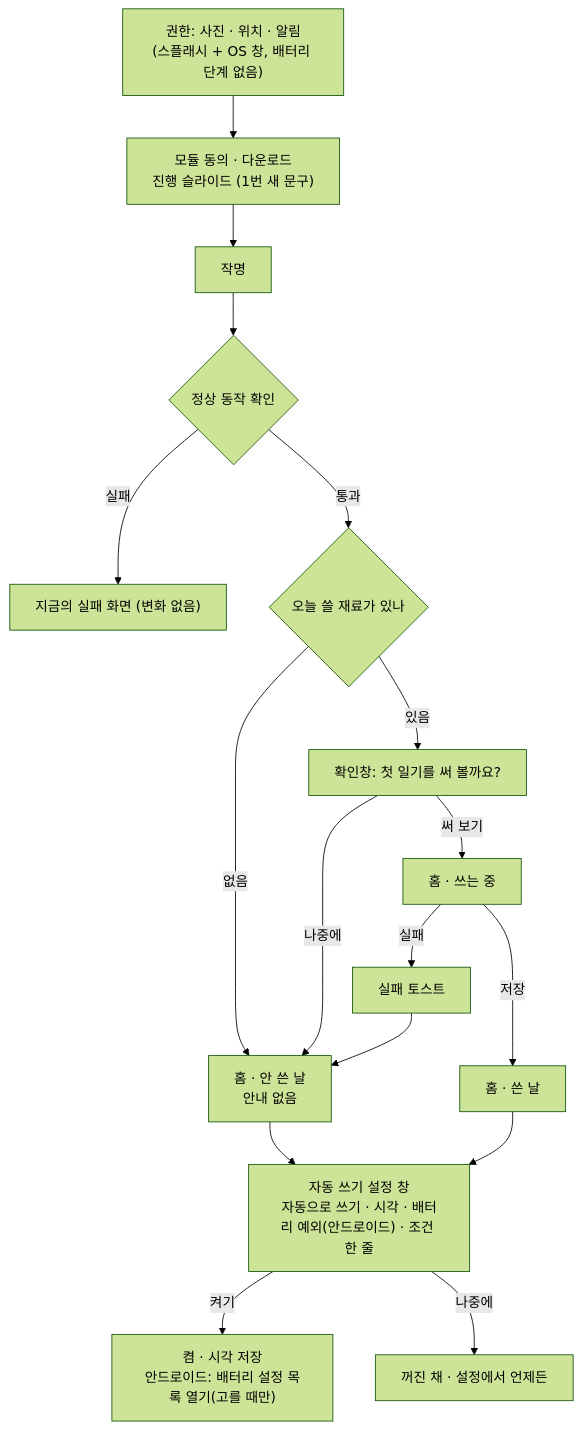
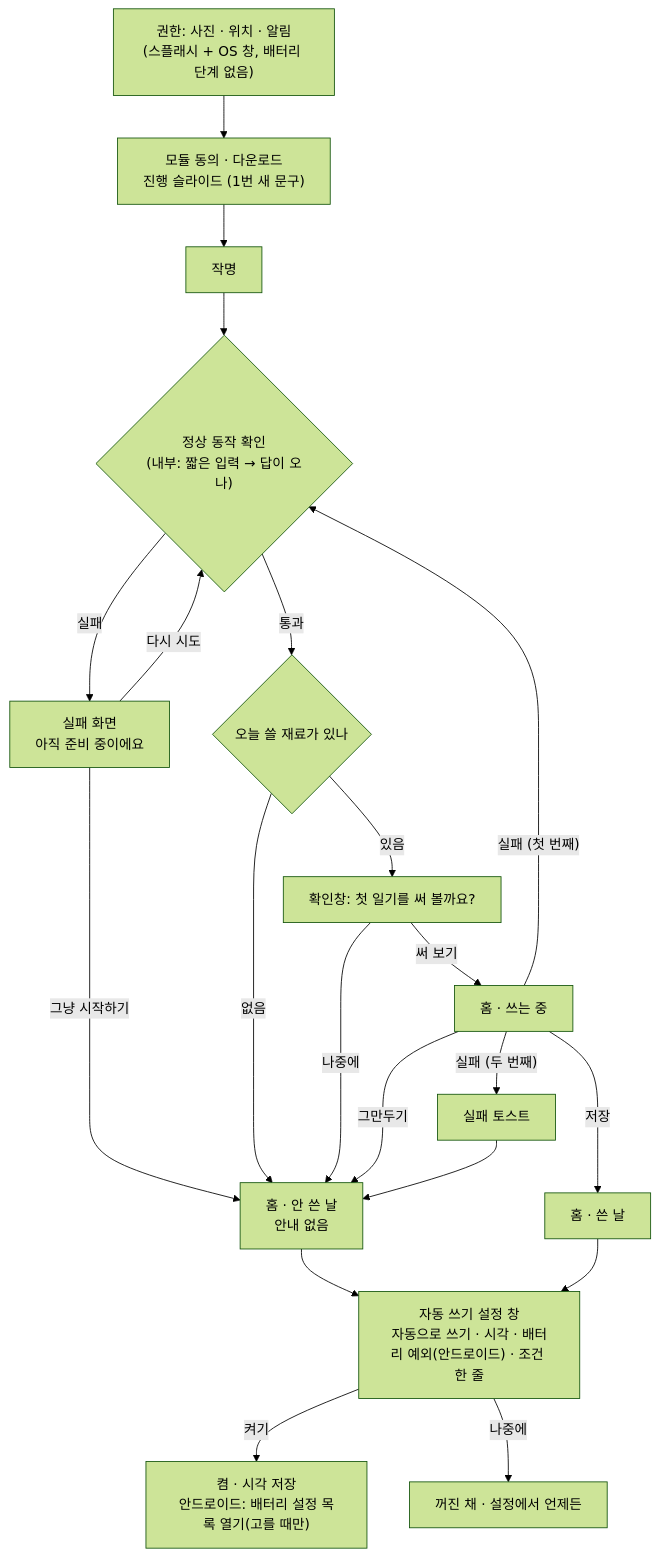
Before and after one commit to mrtint/alpharium: the diagram in docs/user-guidance-rules.md, drawn with Mermaid (forest theme). The commit also changed other lines of this file, not shown here.

````diff
--- a/docs/user-guidance-rules.md
+++ b/docs/user-guidance-rules.md
@@ -32,17 +34,21 @@
 ```mermaid
 flowchart TD
   P["권한: 사진 · 위치 · 알림<br/>(스플래시 + OS 창, 배터리 단계 없음)"] --> D["모듈 동의 · 다운로드<br/>진행 슬라이드 (1번 새 문구)"]
-  D --> N["작명"] --> L{"정상 동작 확인"}
-  L -- 실패 --> X["지금의 실패 화면 (변화 없음)"]
+  D --> N["작명"] --> L{"정상 동작 확인<br/>(내부: 짧은 입력 → 답이 오나)"}
+  L -- 실패 --> X["실패 화면<br/>아직 준비 중이에요"]
+  X -- 다시 시도 --> L
+  X -- 그냥 시작하기 --> E
   L -- 통과 --> M{"오늘 쓸 재료가 있나"}
   M -- 없음 --> E["홈 · 안 쓴 날<br/>안내 없음"]
   M -- 있음 --> Q["확인창: 첫 일기를 써 볼까요?"]
   Q -- 나중에 --> E
   Q -- 써 보기 --> W["홈 · 쓰는 중"]
   W -- 저장 --> R["홈 · 쓴 날"]
-  W -- 실패 --> T["실패 토스트"] --> E
+  W -- 그만두기 --> E
+  W -- "실패 (첫 번째)" --> L
+  W -- "실패 (두 번째)" --> T["실패 토스트"] --> E
   E --> S["자동 쓰기 설정 창<br/>자동으로 쓰기 · 시각 · 배터리 예외(안드로이드) · 조건 한 줄"]
   R --> S
   S -- 켜기 --> ON["켬 · 시각 저장<br/>안드로이드: 배터리 설정 목록 열기(고를 때만)"]
   S -- 나중에 --> OFF["꺼진 채 · 설정에서 언제든"]
 ```
````
